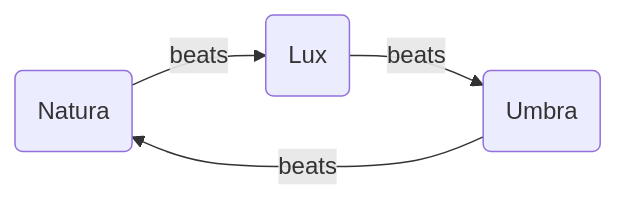
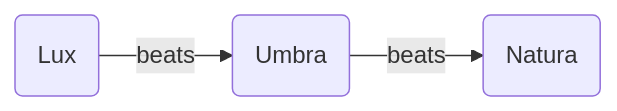
The second of 2 diagrams in design/mechanics/Magic-System.md (DonColon/vigilans-nexum-wiki), drawn with Mermaid before and after one commit. The commit also changed other lines of this file and 13 other files, not shown here.

````diff
--- a/design/mechanics/Magic-System.md
+++ b/design/mechanics/Magic-System.md
@@ -149,10 +152,9 @@
 ```mermaid
 flowchart LR
     natura(Natura)
     lux(Lux)
     umbra(Umbra)
 
-    natura--beats-->lux
     lux--beats-->umbra
     umbra--beats-->natura
 ```
````
